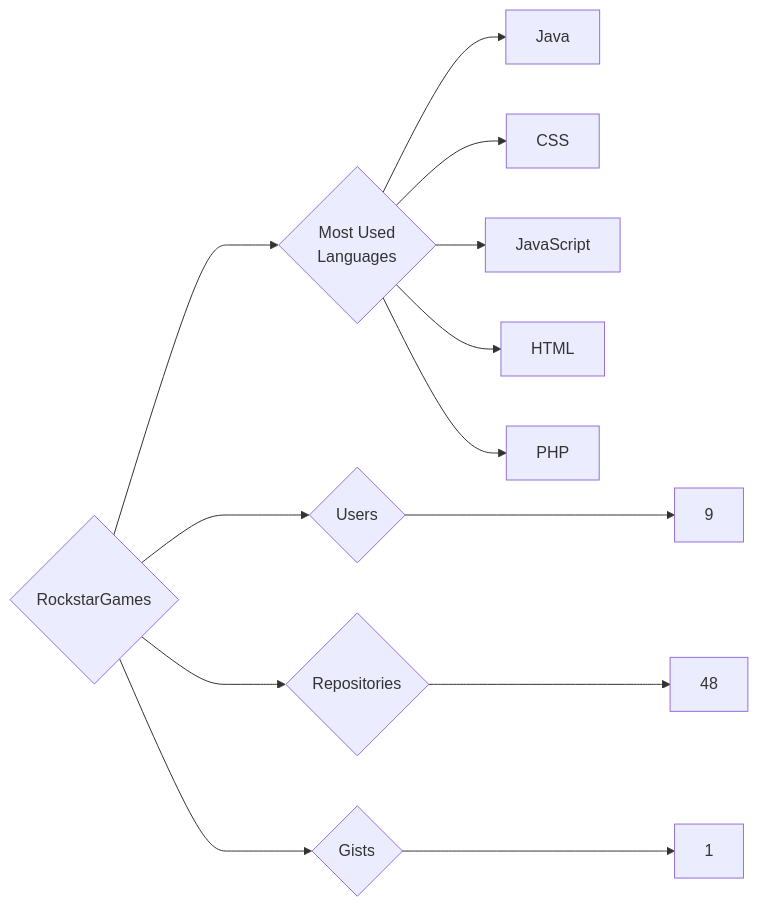
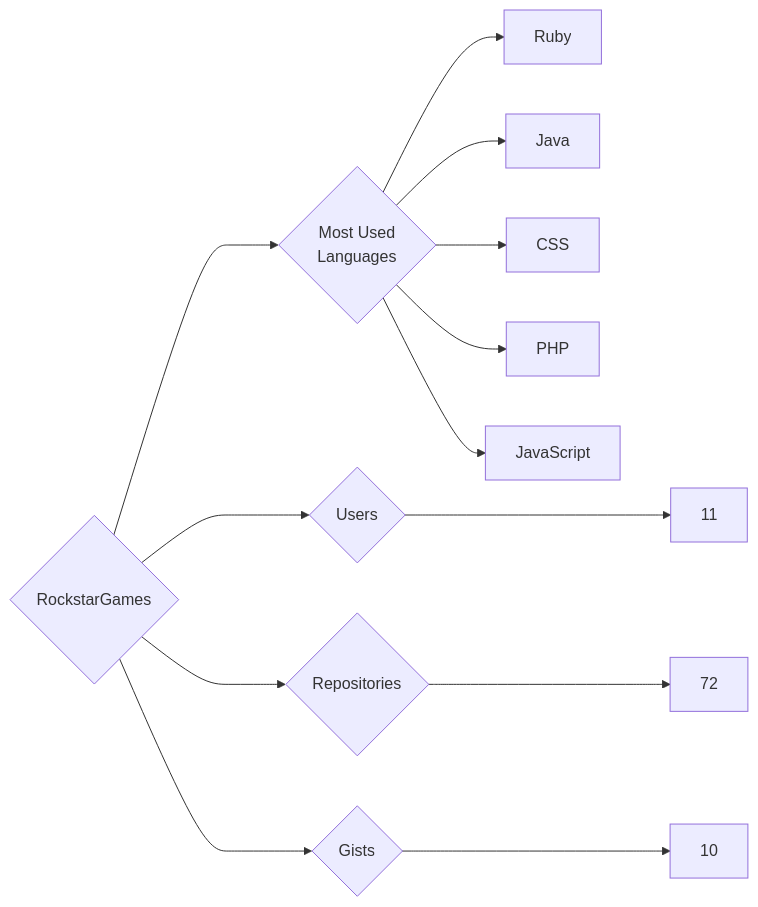
Before and after one commit to trickest/insiders: the diagram in targets/RockstarGames/README.md, drawn with Mermaid. The commit also changed 1496 other files, not shown here.

````diff
--- a/targets/RockstarGames/README.md
+++ b/targets/RockstarGames/README.md
@@ -3,13 +3,13 @@
 ```mermaid
 graph LR
 COMPANY_NAME{RockstarGames}
-COMPANY_NAME ---> U{Users} ---> UN[9]
-COMPANY_NAME ---> R{Repositories} ---> RN[48]
-COMPANY_NAME ---> G{Gists} ---> GN[1]
+COMPANY_NAME ---> U{Users} ---> UN[11]
+COMPANY_NAME ---> R{Repositories} ---> RN[72]
+COMPANY_NAME ---> G{Gists} ---> GN[10]
 COMPANY_NAME ---> ML{Most Used<br>Languages}
+ML --> Ruby[Ruby]
 ML --> Java[Java]
 ML --> CSS[CSS]
+ML --> PHP[PHP]
 ML --> JavaScript[JavaScript]
-ML --> HTML[HTML]
-ML --> PHP[PHP]
 ```
````
